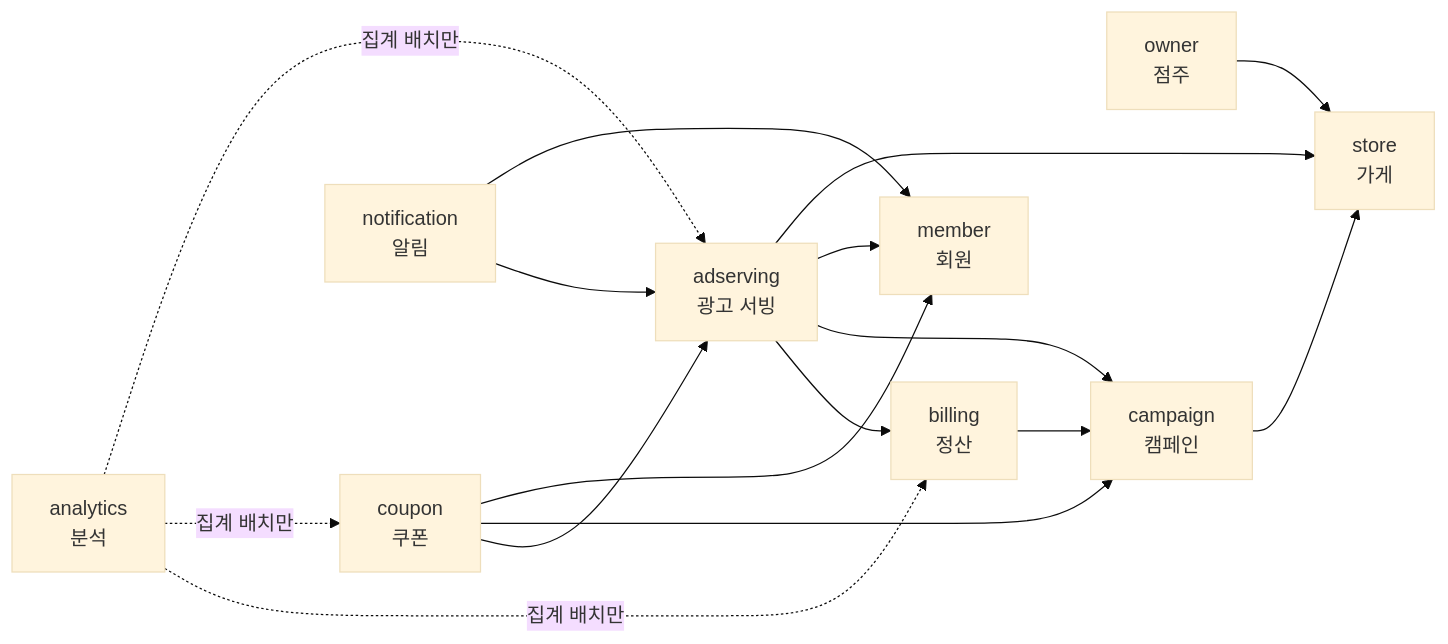
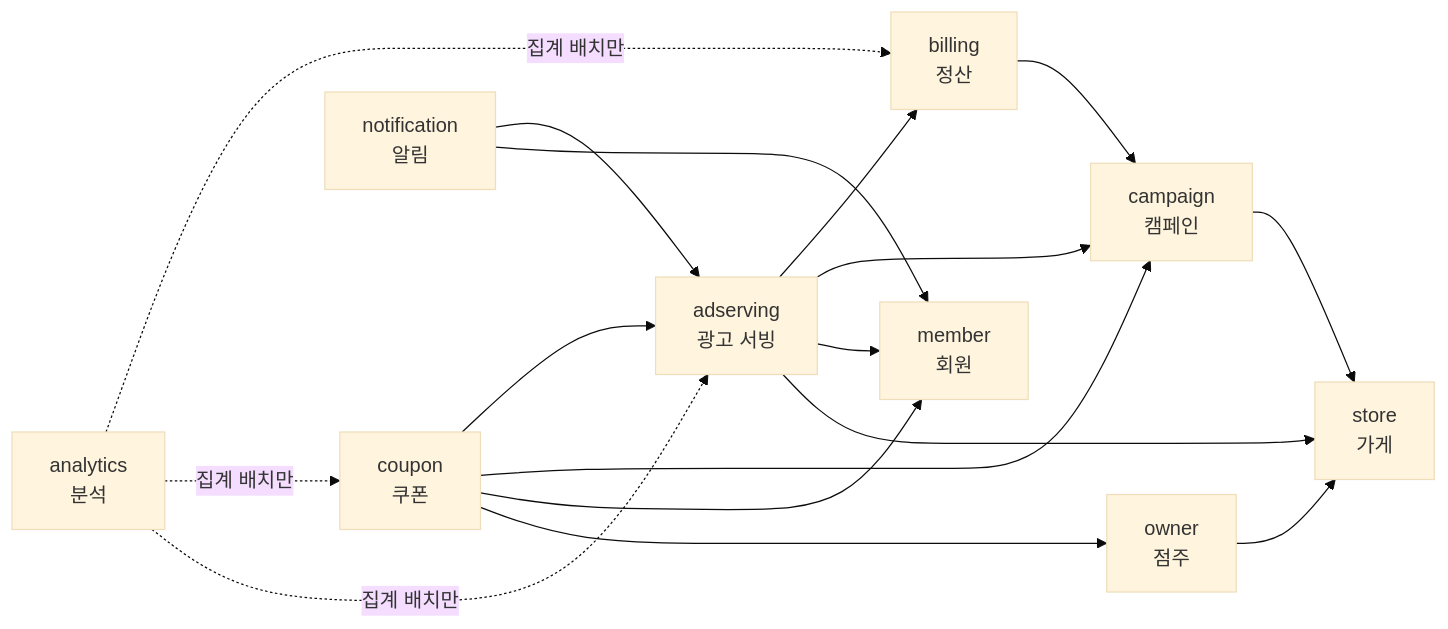
One commit to lunch-catch/lc-backend changed the second of 2 diagrams in docs/architecture/런치캐치_도메인_구조와_의존성_설계.md. Above: the diagram before and after it, drawn with Mermaid (base theme). The commit also changed other lines of this file and 2 other files, not shown here.

````diff
--- a/docs/architecture/런치캐치_도메인_구조와_의존성_설계.md
+++ b/docs/architecture/런치캐치_도메인_구조와_의존성_설계.md
@@ -225,26 +225,27 @@
 ```mermaid
 flowchart LR
   ANA["analytics<br/>분석"]
   COU["coupon<br/>쿠폰"]
   NOT["notification<br/>알림"]
   OWN["owner<br/>점주"]
   ADS["adserving<br/>광고 서빙"]
   BIL["billing<br/>정산"]
   MEM["member<br/>회원"]
   CAM["campaign<br/>캠페인"]
   STO["store<br/>가게"]
 
   ANA -. "집계 배치만" .-> BIL & COU & ADS
   BIL --> CAM
   COU --> ADS
   COU --> CAM
   COU --> MEM
+  COU --> OWN
   NOT --> ADS
   NOT --> MEM
   OWN --> STO
   ADS --> BIL
   ADS --> CAM
   ADS --> MEM
   ADS --> STO
   CAM --> STO
 ```
````
